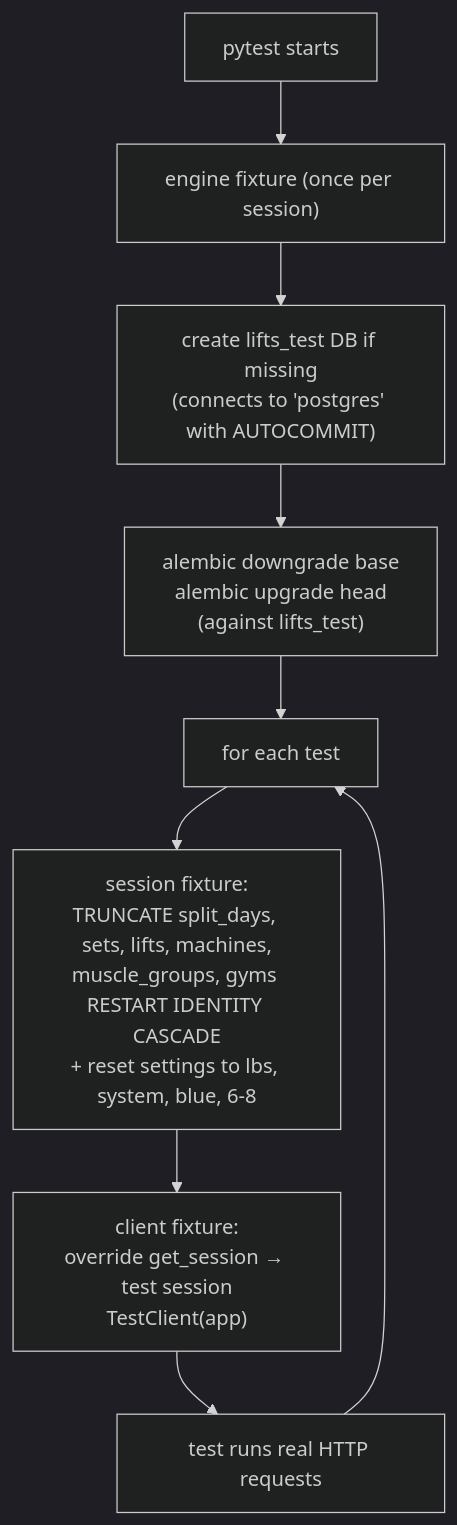
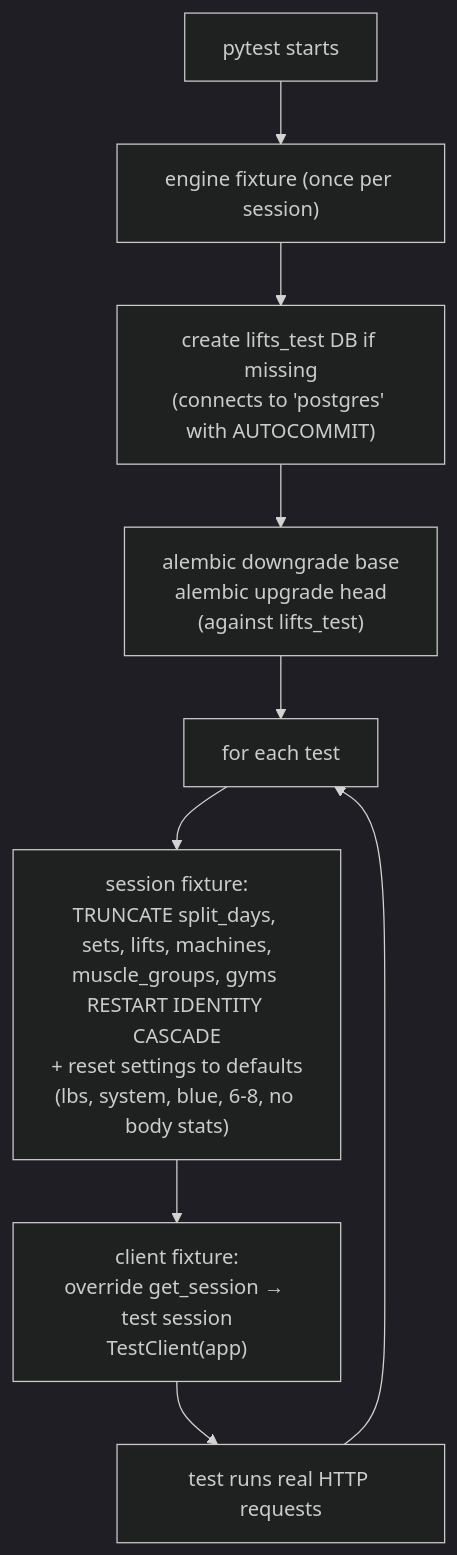
Before and after one commit to coopermay/fitness-tracker: the diagram in docs/08-testing/testing.md, drawn with Mermaid (dark theme). The commit also changed other lines of this file and 39 other files, not shown here.

First line of the commit message:
Body stats in settings: calories, protein and relative strength

````diff
--- a/docs/08-testing/testing.md
+++ b/docs/08-testing/testing.md
@@ -40,11 +40,11 @@
 ```mermaid
 flowchart TD
     A["pytest starts"] --> B["engine fixture (once per session)"]
     B --> C["create lifts_test DB if missing<br/>(connects to 'postgres' with AUTOCOMMIT)"]
     C --> D["alembic downgrade base<br/>alembic upgrade head<br/>(against lifts_test)"]
     D --> E["for each test"]
-    E --> F["session fixture:<br/>TRUNCATE split_days, sets, lifts, machines,<br/>muscle_groups, gyms RESTART IDENTITY CASCADE<br/>+ reset settings to lbs, system, blue, 6-8"]
+    E --> F["session fixture:<br/>TRUNCATE split_days, sets, lifts, machines,<br/>muscle_groups, gyms RESTART IDENTITY CASCADE<br/>+ reset settings to defaults<br/>(lbs, system, blue, 6-8, no body stats)"]
     F --> G["client fixture:<br/>override get_session → test session<br/>TestClient(app)"]
     G --> H["test runs real HTTP requests"]
     H --> E
 ```
````
